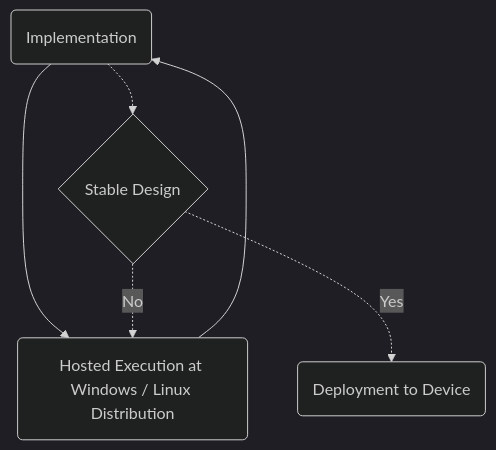
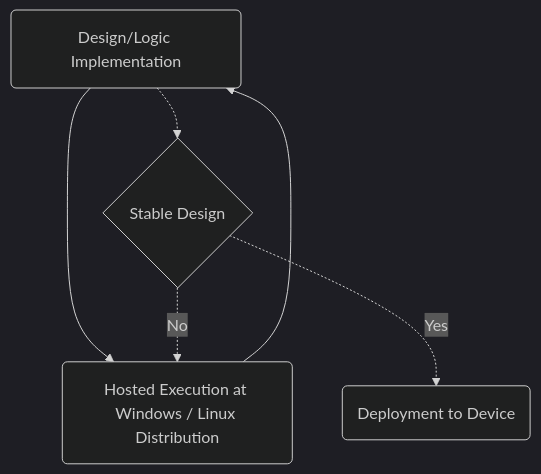
One commit to move-os/moveOS changed the diagram in README.md. Above: the diagram before and after it, drawn with Mermaid (dark theme).

````diff
--- a/README.md
+++ b/README.md
@@ -37,8 +37,8 @@
 ```mermaid
 graph TD;
-  A(Implementation) --> B(Hosted Execution at Windows / Linux Distribution)
+  A(Design/Logic Implementation) --> B(Hosted Execution at Windows / Linux Distribution)
   B --> A
   A -.-> C{Stable Design}
   C -.-> |Yes|D(Deployment to Device)
   C -.-> |No|B
 ```
````
